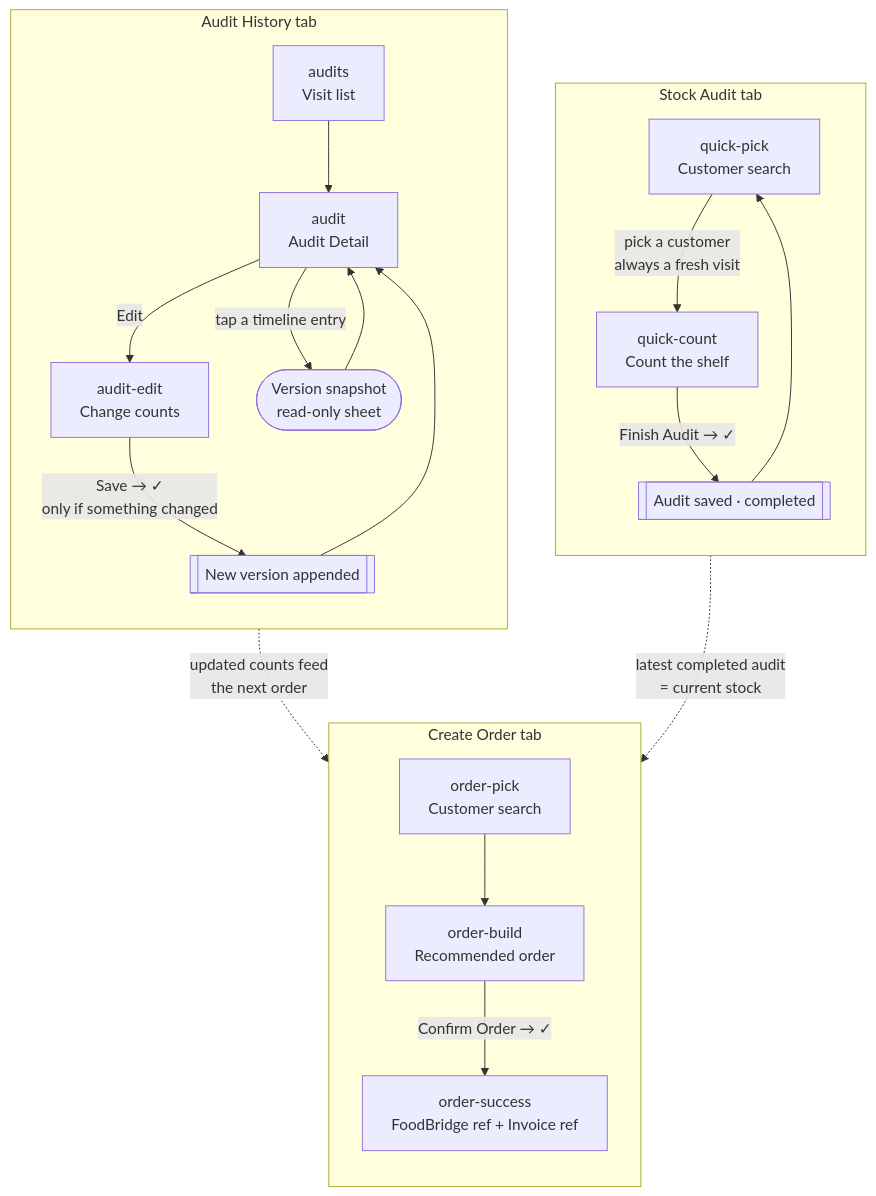
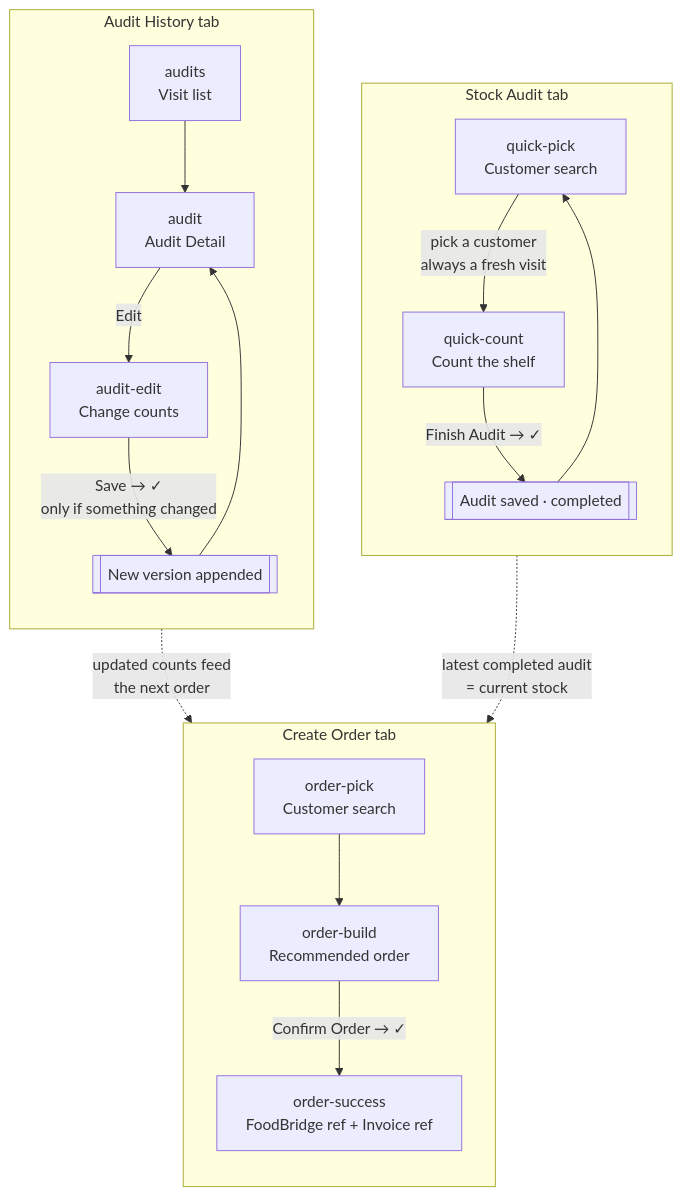
The first of 4 diagrams in v4/UX-FLOW.md (nishant-devekar/foodbridge-mock-platform), drawn with Mermaid before and after one commit. The commit also changed other lines of this file and 3 other files, not shown here.

````diff
--- a/v4/UX-FLOW.md
+++ b/v4/UX-FLOW.md
@@ -29,39 +29,36 @@
 ```mermaid
 flowchart TD
     subgraph TAB1["Stock Audit tab"]
         direction TB
         QP["quick-pick<br/>Customer search"]
         QC["quick-count<br/>Count the shelf"]
         SAVED[["Audit saved · completed"]]
         QP -->|"pick a customer<br/>always a fresh visit"| QC
         QC -->|"Finish Audit → ✓"| SAVED
         SAVED --> QP
     end
 
     subgraph TAB3["Audit History tab"]
         direction TB
         AUDS["audits<br/>Visit list"]
         AD["audit<br/>Audit Detail"]
         AE["audit-edit<br/>Change counts"]
         NEWV[["New version appended"]]
-        VS(["Version snapshot<br/>read-only sheet"])
         AUDS --> AD
         AD -->|"Edit"| AE
         AE -->|"Save → ✓<br/>only if something changed"| NEWV
         NEWV --> AD
-        AD -->|"tap a timeline entry"| VS
-        VS --> AD
     end
 
     subgraph TAB2["Create Order tab"]
         direction TB
         OP["order-pick<br/>Customer search"]
         OB["order-build<br/>Recommended order"]
         OS["order-success<br/>FoodBridge ref + Invoice ref"]
         OP --> OB
         OB -->|"Confirm Order → ✓"| OS
     end
 
     SAVED -.->|"latest completed audit<br/>= current stock"| OB
     NEWV -.->|"updated counts feed<br/>the next order"| OB
 ```
````
